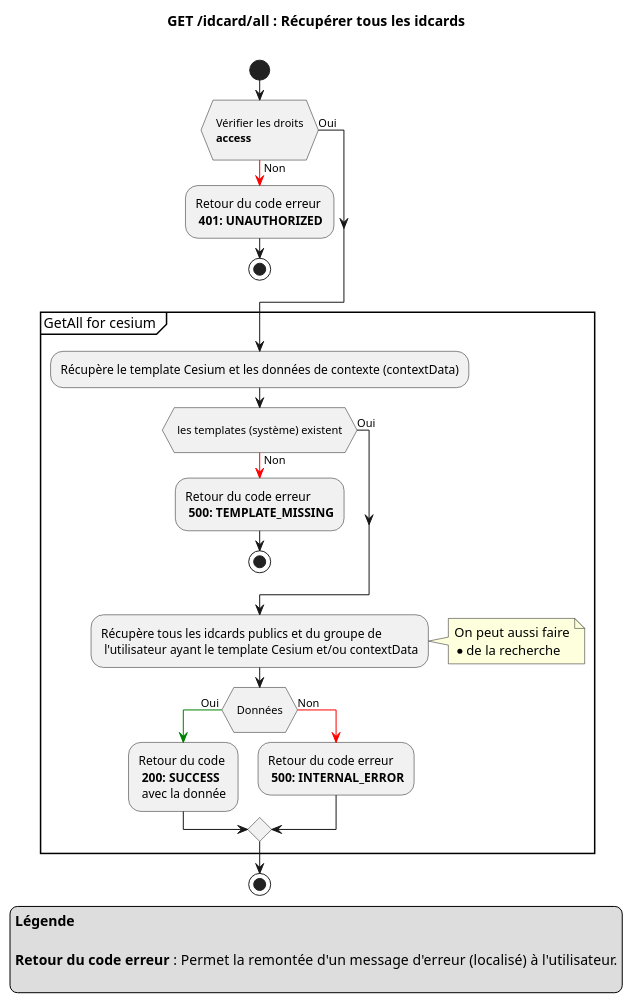
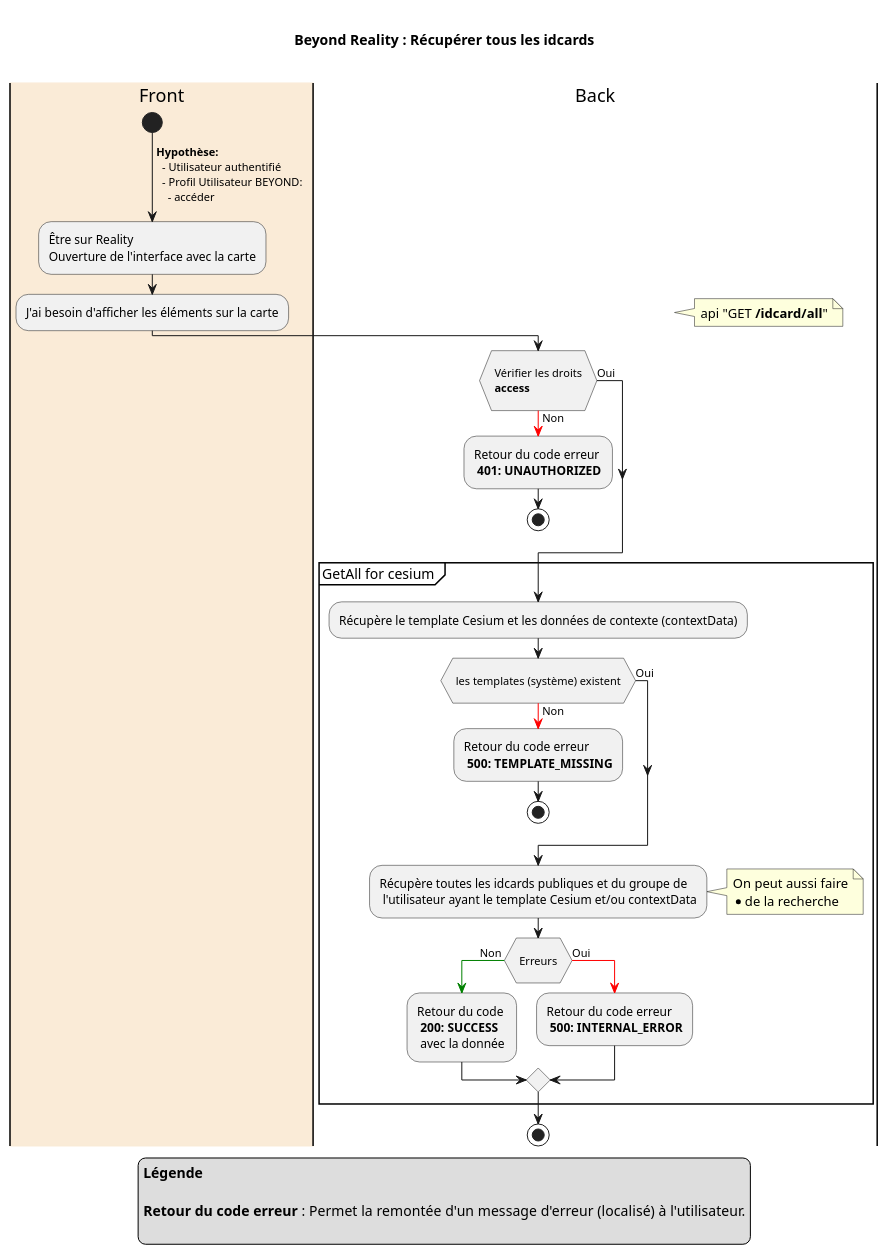
One commit to cogirep/documentation changed the diagram in 01.byd-DataFactory/1.ArchitectureDossier/images/idcard_getAll_all.puml. Above: the diagram before and after it, drawn with PlantUML. The commit also changed 22 other files, not shown here.

Commit message:
doc: activity diagram idcard and enrichment

```diff
--- a/01.byd-DataFactory/1.ArchitectureDossier/images/idcard_getAll_all.puml
+++ b/01.byd-DataFactory/1.ArchitectureDossier/images/idcard_getAll_all.puml
@@ -1,50 +1,61 @@
-@startuml
+@startuml idcard_getAll_all
 
 title
-GET **/idcard/all** : Récupérer tous les idcards
+
+Beyond Reality : Récupérer tous les idcards
 
 end title
 
+|#AntiqueWhite| Front |
 start
+->  **Hypothèse:** \n  - Utilisateur authentifié \n  - Profil Utilisateur BEYOND:  \n    - accéder;
+
+-Être sur Reality\nOuverture de l'interface avec la carte
+-J'ai besoin d'afficher les éléments sur la carte
+
+| Back |
+note right
+  api "GET **/idcard/all**"
+end note
 if ( \n Vérifier les droits \n **access** \n)
     -[#red]-> Non ;
     -Retour du code erreur \n **401: UNAUTHORIZED**
     stop
 else (Oui)
 endif
 
 
 partition "GetAll for cesium " {
     -Récupère le template Cesium et les données de contexte (contextData)
     if ( \n les templates (système) existent \n )
         -[#red]-> Non ;
         -Retour du code erreur \n **500: TEMPLATE_MISSING**
         stop
     else (Oui)
     endif
-    -Récupère tous les idcards publics et du groupe de \n l'utilisateur ayant le template Cesium et/ou contextData
+    -Récupère toutes les idcards publiques et du groupe de \n l'utilisateur ayant le template Cesium et/ou contextData
     note right
     On peut aussi faire
     * de la recherche
     endnote
 
-    if ( \n Données \n )
-        -[#green]-> Oui ;
+    if ( \n Erreurs \n )
+        -[#green]-> Non ;
         -Retour du code \n **200: SUCCESS** \n avec la donnée
     else
-        -[#red]-> Non ;
+        -[#red]-> Oui ;
         -Retour du code erreur \n **500: INTERNAL_ERROR**
     endif
 }
 stop
 
 
 
 legend 
 **Légende**
 
 **Retour du code erreur** : Permet la remontée d'un message d'erreur (localisé) à l'utilisateur.
 
 endlegend
 
 @enduml
```
